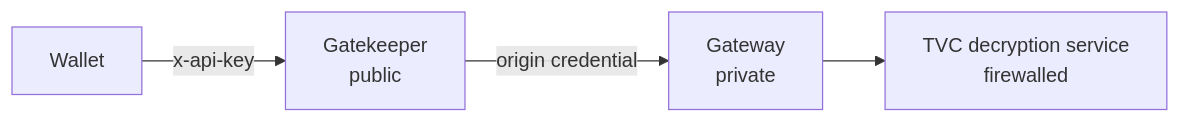
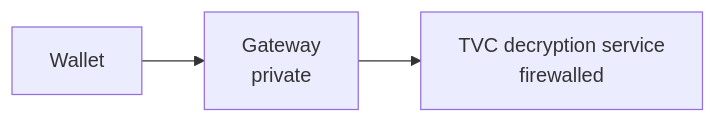
The first of 5 diagrams in docs/spec.md (helius-labs/spr-tvc), drawn with Mermaid before and after one commit. The commit also changed other lines of this file and 3 other files, not shown here.

````diff
--- a/docs/spec.md
+++ b/docs/spec.md
@@ -27,11 +28,9 @@
 ```mermaid
 flowchart LR
   Wallet[Wallet]
-  Gatekeeper[Gatekeeper<br/>public]
   Gateway[Gateway<br/>private]
   Service["TVC decryption service<br/>firewalled"]
 
-  Wallet -->|x-api-key| Gatekeeper
-  Gatekeeper -->|origin credential| Gateway
+  Wallet --> Gateway
   Gateway --> Service
 ```
````
